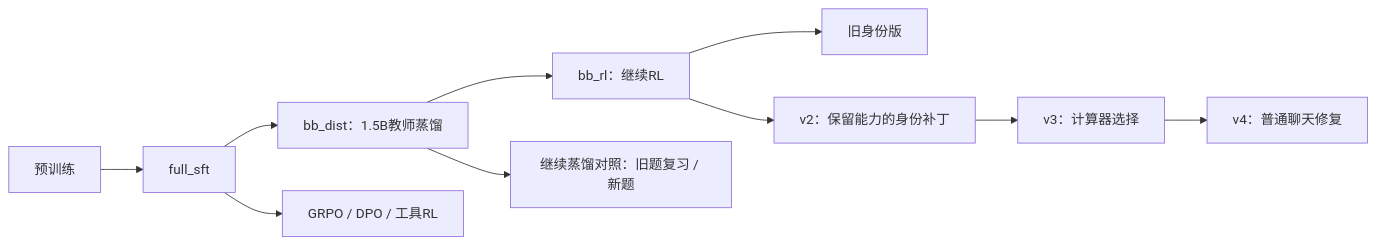
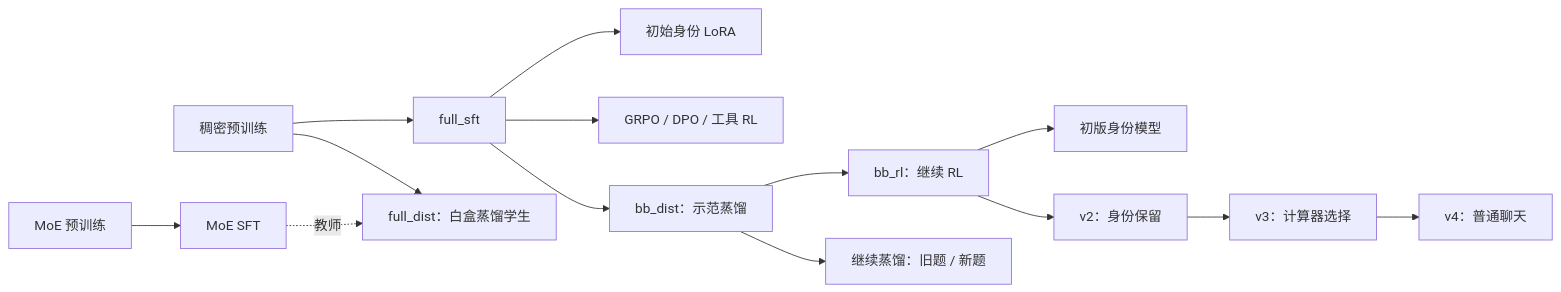
One commit to lyy431/minimind-training-eval changed the diagram in README.md. Above: the diagram before and after it, drawn with Mermaid. The commit also changed other lines of this file and 1 other file, not shown here.

````diff
--- a/README.md
+++ b/README.md
@@ -52,12 +178,16 @@
 ```mermaid
 flowchart LR
-    P[预训练] --> S[full_sft]
-    S --> D[bb_dist：1.5B教师蒸馏]
-    D --> R[bb_rl：继续RL]
-    R --> V1[旧身份版]
-    R --> V2[v2：保留能力的身份补丁]
+    P[稠密预训练] --> S[full_sft]
+    S --> I[初始身份 LoRA]
+    S --> G[GRPO / DPO / 工具 RL]
+    S --> D[bb_dist：示范蒸馏]
+    D --> R[bb_rl：继续 RL]
+    D --> C[继续蒸馏：旧题 / 新题]
+    R --> V1[初版身份模型]
+    R --> V2[v2：身份保留]
     V2 --> V3[v3：计算器选择]
-    V3 --> V4[v4：普通聊天修复]
-    D --> C[继续蒸馏对照：旧题复习 / 新题]
-    S --> A[GRPO / DPO / 工具RL]
+    V3 --> V4[v4：普通聊天]
+    MP[MoE 预训练] --> M[MoE SFT]
+    P --> W[full_dist：白盒蒸馏学生]
+    M -. 教师 .-> W
 ```
````
